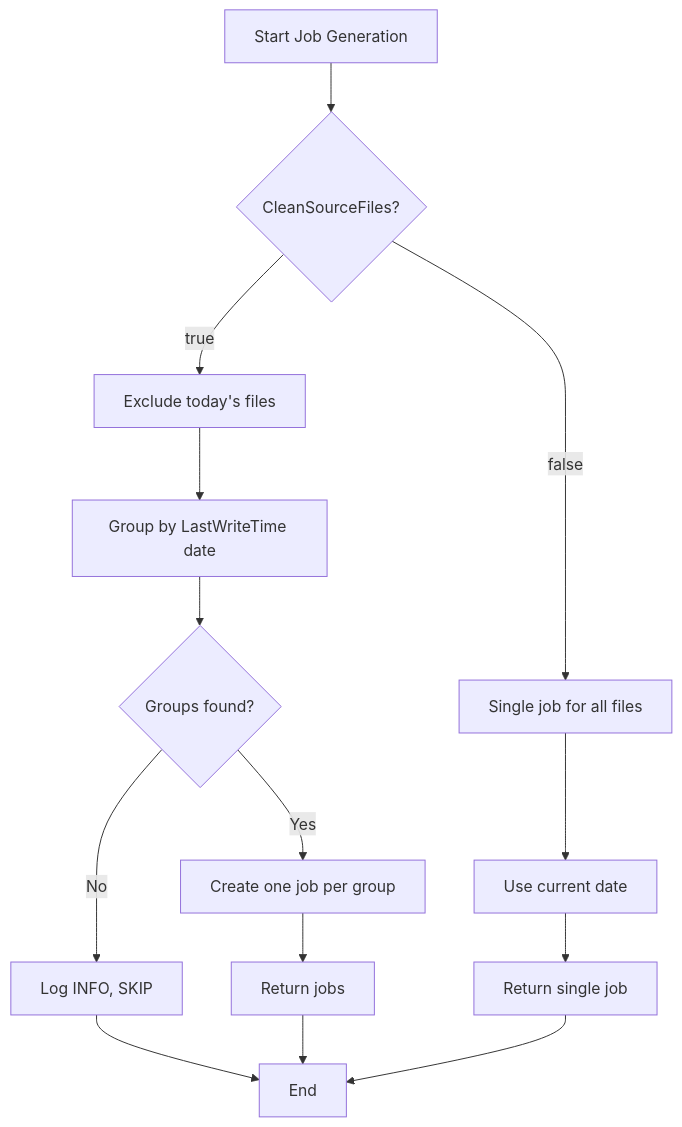
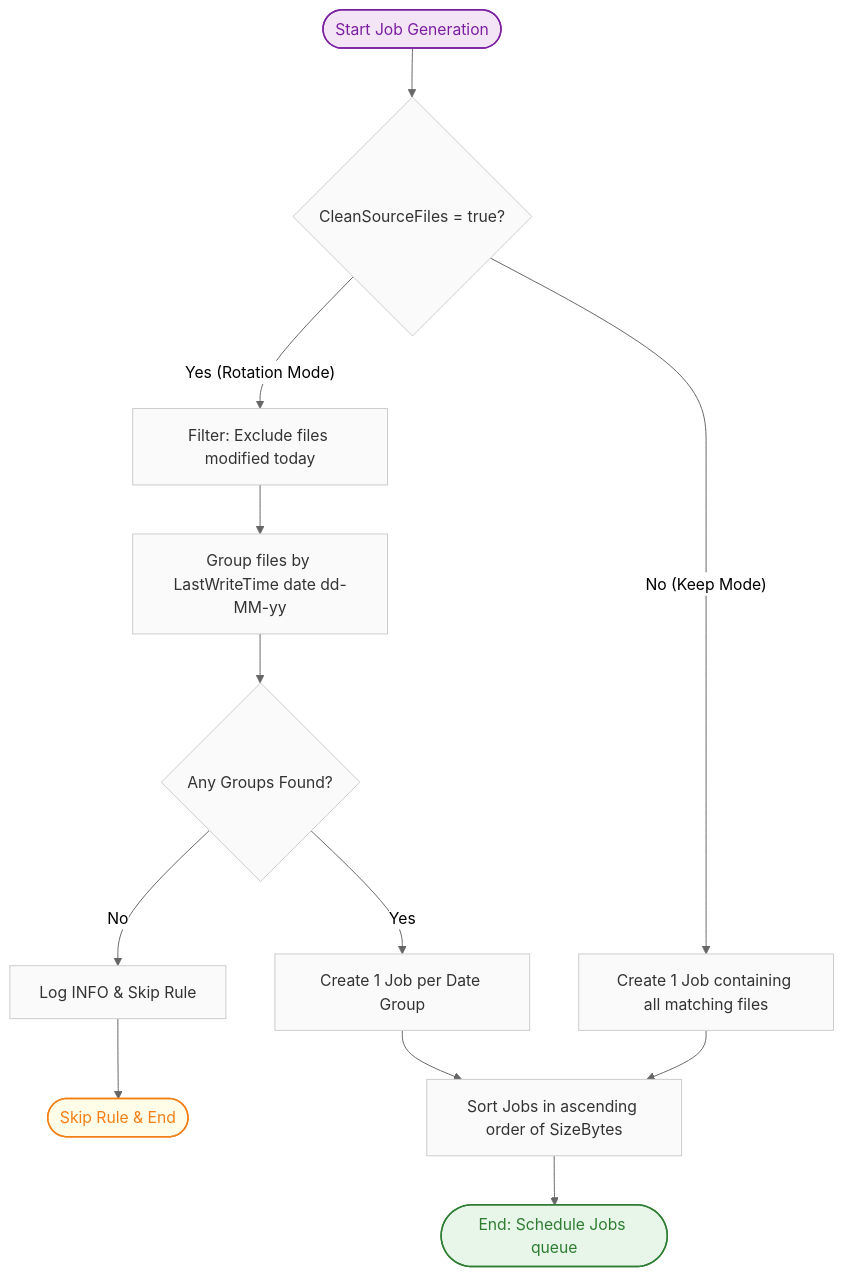
One commit to epuckop/shiny-pancake changed the fifth of 14 diagrams in docs/design/FLOWCHARTS.md. Above: the diagram before and after it, drawn with Mermaid. The commit also changed other lines of this file and 11 other files, not shown here.

First line of the commit message:
Finalize docs, add JSON schema, rename entry script to main.ps1

````diff
--- a/docs/design/FLOWCHARTS.md
+++ b/docs/design/FLOWCHARTS.md
@@ -133,16 +191,26 @@
 ```mermaid
+%%{init: {'theme': 'neutral', 'themeVariables': { 'fontFamily': 'Segoe UI, system-ui, -apple-system, sans-serif' }}}%%
 flowchart TD
-    A[Start Job Generation] --> B{CleanSourceFiles?}
-    B -->|true| C[Exclude today's files]
-    C --> D[Group by LastWriteTime date]
-    D --> E{Groups found?}
-    E -->|No| F[Log INFO, SKIP]
-    E -->|Yes| G[Create one job per group]
-    G --> H[Return jobs]
-    B -->|false| I[Single job for all files]
-    I --> J[Use current date]
-    J --> K[Return single job]
-    H --> T[End]
-    K --> T
-    F --> T
+    classDef default fill:#fafafa,stroke:#ccc,stroke-width:1px,color:#333;
+    classDef success fill:#e8f5e9,stroke:#2e7d32,stroke-width:1.5px,color:#2e7d32;
+    classDef skip fill:#fffde7,stroke:#f57f17,stroke-width:1.5px,color:#f57f17;
+    classDef startNode fill:#f3e5f5,stroke:#7b1fa2,stroke-width:1.5px,color:#7b1fa2;
+
+    A([Start Job Generation]) --> B{CleanSourceFiles = true?}
+    B -->|"Yes (Rotation Mode)"| C[Filter: Exclude files modified today]
+    
+    C --> D[Group files by LastWriteTime date dd-MM-yy]
+    D --> E{Any Groups Found?}
+    E -->|No| F[Log INFO & Skip Rule] --> EndSkip([Skip Rule & End])
+    E -->|Yes| G[Create 1 Job per Date Group]
+    
+    B -->|"No (Keep Mode)"| I[Create 1 Job containing all matching files]
+    
+    G --> SZ[Sort Jobs in ascending order of SizeBytes]
+    I --> SZ
+    SZ --> T([End: Schedule Jobs queue])
+
+    class A startNode;
+    class T success;
+    class EndSkip skip;
 ```
````
